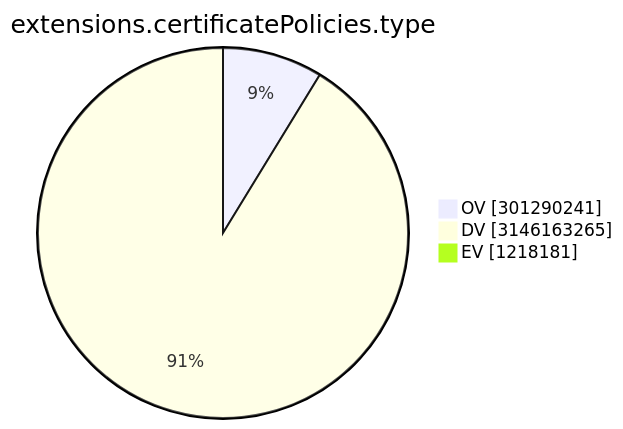
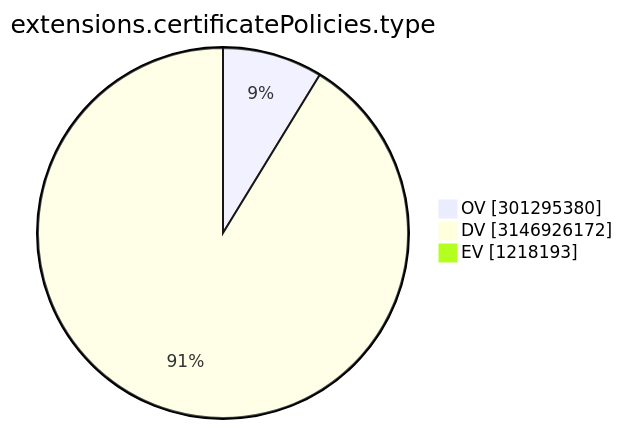
The ninth of 15 diagrams in TOTAL/README.md (christiankrug/ctmonitor_visualization), drawn with Mermaid before and after one commit. The commit also changed other lines of this file, not shown here.

````diff
--- a/TOTAL/README.md
+++ b/TOTAL/README.md
@@ -3105,7 +3105,7 @@
 ```mermaid
 pie showData
 title extensions.certificatePolicies.type
-"OV" :301290241
-"DV" :3146163265
-"EV" :1218181
+"OV" :301295380
+"DV" :3146926172
+"EV" :1218193
 ```
````
